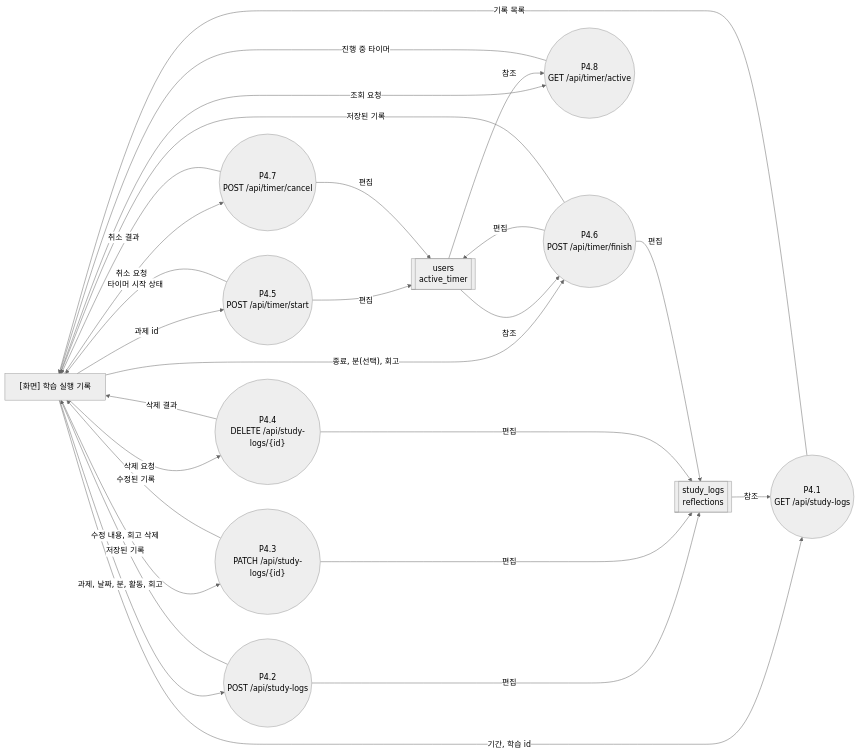
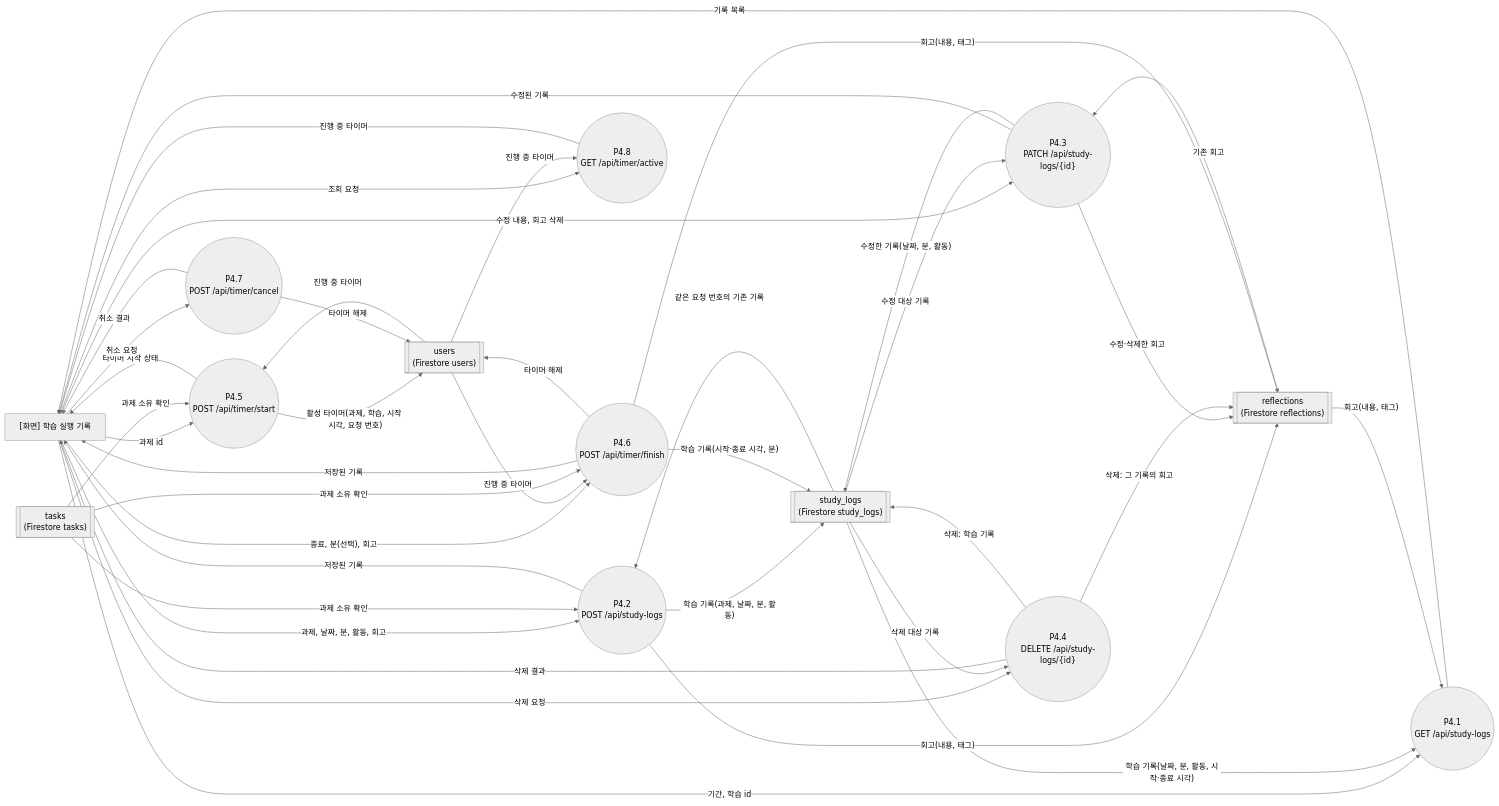
One commit to yong05610/ai-n-fprj changed the eighth of 13 diagrams in docs/architecture_dfd.md. Above: the diagram before and after it, drawn with Mermaid (neutral theme). The commit also changed other lines of this file, not shown here.

Commit message:
docs: DFD data stores match ERD table names (one per table), arrows carry information names; fix P2.3 (reads learning_documents, not goals)

````diff
--- a/docs/architecture_dfd.md
+++ b/docs/architecture_dfd.md
@@ -386,41 +422,56 @@
 ```mermaid
 %%{init: {"flowchart": {"curve": "basis"}}}%%
 flowchart LR
     S["[화면] 학습 실행 기록"]
     P41(("P4.1<br/>GET /api/study-logs"))
     P42(("P4.2<br/>POST /api/study-logs"))
     P43(("P4.3<br/>PATCH /api/study-logs/{id}"))
     P44(("P4.4<br/>DELETE /api/study-logs/{id}"))
     P45(("P4.5<br/>POST /api/timer/start"))
     P46(("P4.6<br/>POST /api/timer/finish"))
     P47(("P4.7<br/>POST /api/timer/cancel"))
     P48(("P4.8<br/>GET /api/timer/active"))
-    DL[["study_logs<br/>reflections"]]
-    DU[["users<br/>active_timer"]]
     S -->|"기간, 학습 id"| P41
-    DL -->|"참조"| P41
     P41 -->|"기록 목록"| S
     S -->|"과제, 날짜, 분, 활동, 회고"| P42
-    P42 -->|"편집"| DL
     P42 -->|"저장된 기록"| S
     S -->|"수정 내용, 회고 삭제"| P43
-    P43 -->|"편집"| DL
     P43 -->|"수정된 기록"| S
     S -->|"삭제 요청"| P44
-    P44 -->|"편집"| DL
     P44 -->|"삭제 결과"| S
     S -->|"과제 id"| P45
-    P45 -->|"편집"| DU
     P45 -->|"타이머 시작 상태"| S
     S -->|"종료, 분(선택), 회고"| P46
-    DU -->|"참조"| P46
-    P46 -->|"편집"| DL
-    P46 -->|"편집"| DU
     P46 -->|"저장된 기록"| S
     S -->|"취소 요청"| P47
-    P47 -->|"편집"| DU
     P47 -->|"취소 결과"| S
     S -->|"조회 요청"| P48
-    DU -->|"참조"| P48
     P48 -->|"진행 중 타이머"| S
+    DSL[["study_logs<br/>(Firestore study_logs)"]]
+    DRF[["reflections<br/>(Firestore reflections)"]]
+    DTK[["tasks<br/>(Firestore tasks)"]]
+    DUS[["users<br/>(Firestore users)"]]
+    DSL -->|"학습 기록(날짜, 분, 활동, 시작·종료 시각)"| P41
+    DRF -->|"회고(내용, 태그)"| P41
+    DTK -->|"과제 소유 확인"| P42
+    DSL -->|"같은 요청 번호의 기존 기록"| P42
+    P42 -->|"학습 기록(과제, 날짜, 분, 활동)"| DSL
+    P42 -->|"회고(내용, 태그)"| DRF
+    DSL -->|"수정 대상 기록"| P43
+    DRF -->|"기존 회고"| P43
+    P43 -->|"수정한 기록(날짜, 분, 활동)"| DSL
+    P43 -->|"수정·삭제한 회고"| DRF
+    DSL -->|"삭제 대상 기록"| P44
+    P44 -->|"삭제: 학습 기록"| DSL
+    P44 -->|"삭제: 그 기록의 회고"| DRF
+    DTK -->|"과제 소유 확인"| P45
+    DUS -->|"진행 중 타이머"| P45
+    P45 -->|"활성 타이머(과제, 학습, 시작 시각, 요청 번호)"| DUS
+    DUS -->|"진행 중 타이머"| P46
+    DTK -->|"과제 소유 확인"| P46
+    P46 -->|"학습 기록(시작·종료 시각, 분)"| DSL
+    P46 -->|"회고(내용, 태그)"| DRF
+    P46 -->|"타이머 해제"| DUS
+    P47 -->|"타이머 해제"| DUS
+    DUS -->|"진행 중 타이머"| P48
 ```
````
